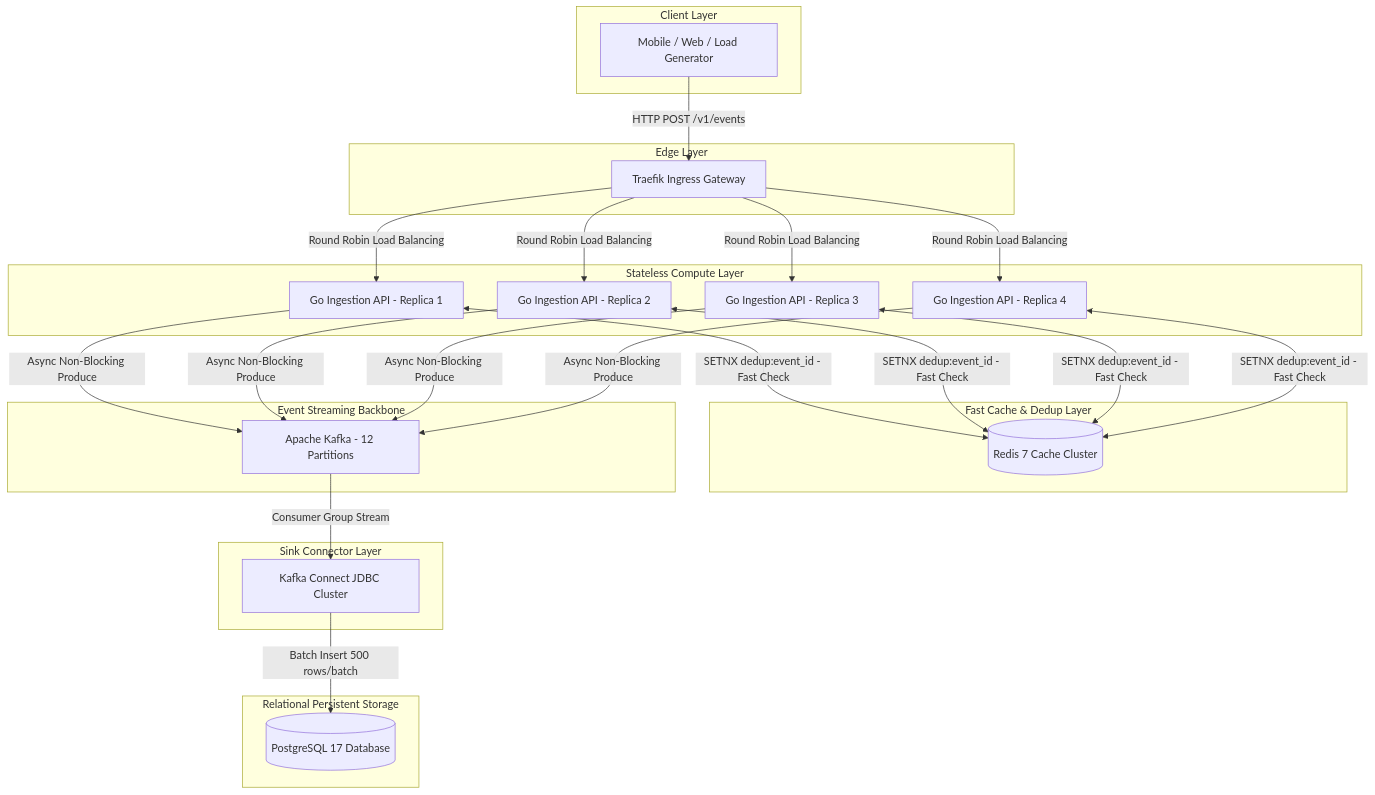
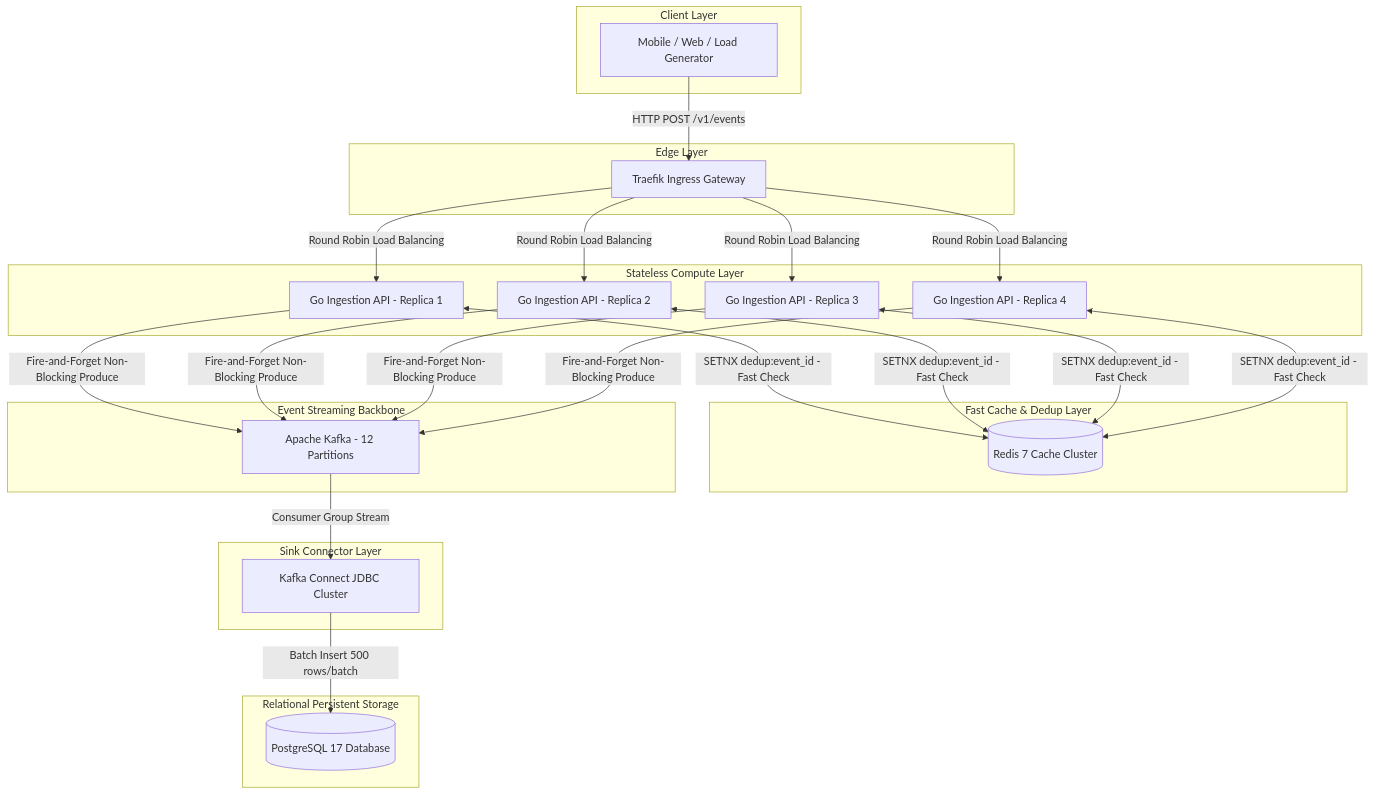
The diagram in event-platform/scaling_architecture.md (Chief-Strategist-J/messaging-pipeline), drawn with Mermaid before and after one commit. The commit also changed other lines of this file and 14 other files, not shown here.

First line of the commit message:
fix(ingestion-api): implement fire-and-forget kafka produce & fail-open edge deduplication

````diff
--- a/event-platform/scaling_architecture.md
+++ b/event-platform/scaling_architecture.md
@@ -9,44 +9,44 @@
 ```mermaid
 flowchart TD
     subgraph Client Layer
         C1[Mobile / Web / Load Generator]
     end
 
     subgraph Edge Layer
         T1[Traefik Ingress Gateway]
     end
 
     subgraph Stateless Compute Layer
         I1[Go Ingestion API - Replica 1]
         I2[Go Ingestion API - Replica 2]
         I3[Go Ingestion API - Replica 3]
         I4[Go Ingestion API - Replica 4]
     end
 
     subgraph Fast Cache & Dedup Layer
         R1[(Redis 7 Cache Cluster)]
     end
 
     subgraph Event Streaming Backbone
         K1[Apache Kafka - 12 Partitions]
     end
 
     subgraph Sink Connector Layer
         KC[Kafka Connect JDBC Cluster]
     end
 
     subgraph Relational Persistent Storage
         PG[(PostgreSQL 17 Database)]
     end
 
     C1 -->|HTTP POST /v1/events| T1
     T1 -->|Round Robin Load Balancing| I1
     T1 -->|Round Robin Load Balancing| I2
     T1 -->|Round Robin Load Balancing| I3
     T1 -->|Round Robin Load Balancing| I4
 
     I1 & I2 & I3 & I4 <-->|SETNX dedup:event_id - Fast Check| R1
-    I1 & I2 & I3 & I4 -->|Async Non-Blocking Produce| K1
+    I1 & I2 & I3 & I4 -->|Fire-and-Forget Non-Blocking Produce| K1
     K1 -->|Consumer Group Stream| KC
     KC -->|Batch Insert 500 rows/batch| PG
 ```
````
